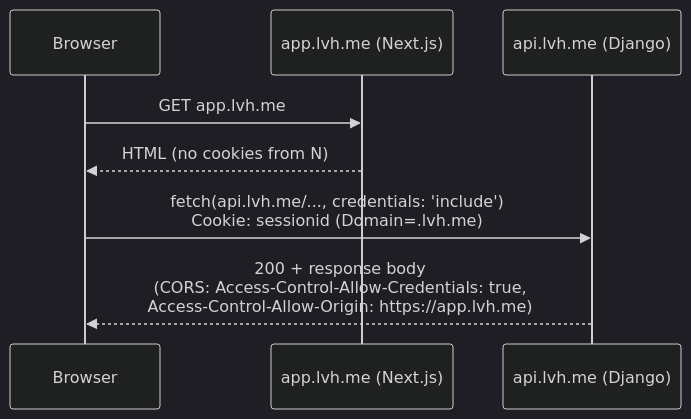
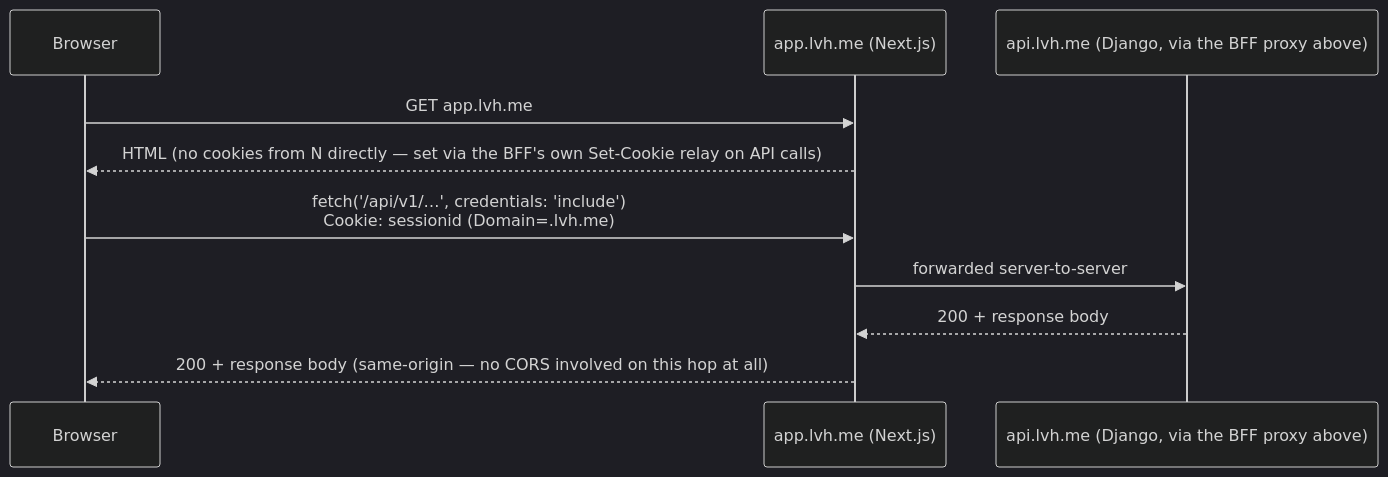
One commit to oliversignorini/keel changed the sixth of 7 diagrams in docs/auth-flow.md. Above: the diagram before and after it, drawn with Mermaid (dark theme). The commit also changed other lines of this file and 34 other files, not shown here.

````diff
--- a/docs/auth-flow.md
+++ b/docs/auth-flow.md
@@ -101,11 +147,13 @@
 ```mermaid
 sequenceDiagram
     participant B as Browser
     participant N as app.lvh.me (Next.js)
-    participant A as api.lvh.me (Django)
+    participant D as api.lvh.me (Django, via the BFF proxy above)
 
     B->>N: GET app.lvh.me
-    N-->>B: HTML (no cookies from N)
-    B->>A: fetch(api.lvh.me/..., credentials: 'include')<br/>Cookie: sessionid (Domain=.lvh.me)
-    A-->>B: 200 + response body<br/>(CORS: Access-Control-Allow-Credentials: true,<br/>Access-Control-Allow-Origin: https://app.lvh.me)
+    N-->>B: HTML (no cookies from N directly — set via the BFF's own Set-Cookie relay on API calls)
+    B->>N: fetch('/api/v1/…', credentials: 'include')<br/>Cookie: sessionid (Domain=.lvh.me)
+    N->>D: forwarded server-to-server
+    D-->>N: 200 + response body
+    N-->>B: 200 + response body (same-origin — no CORS involved on this hop at all)
 ```
````
